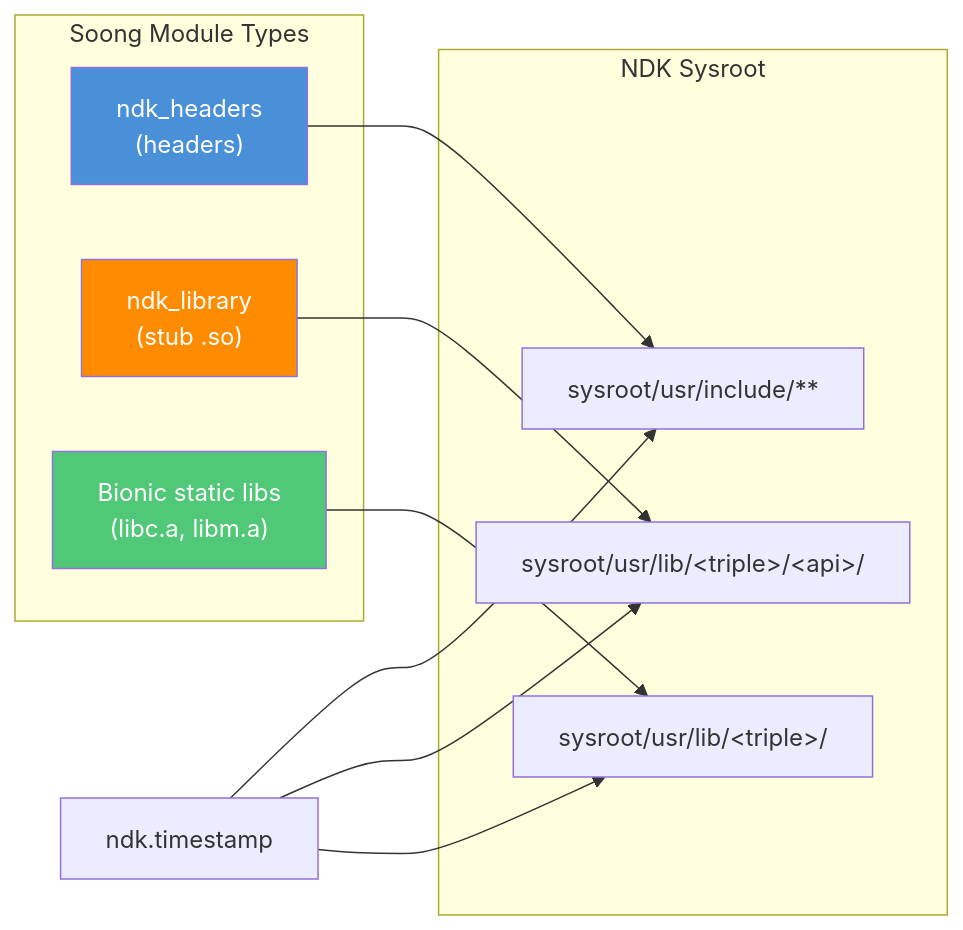
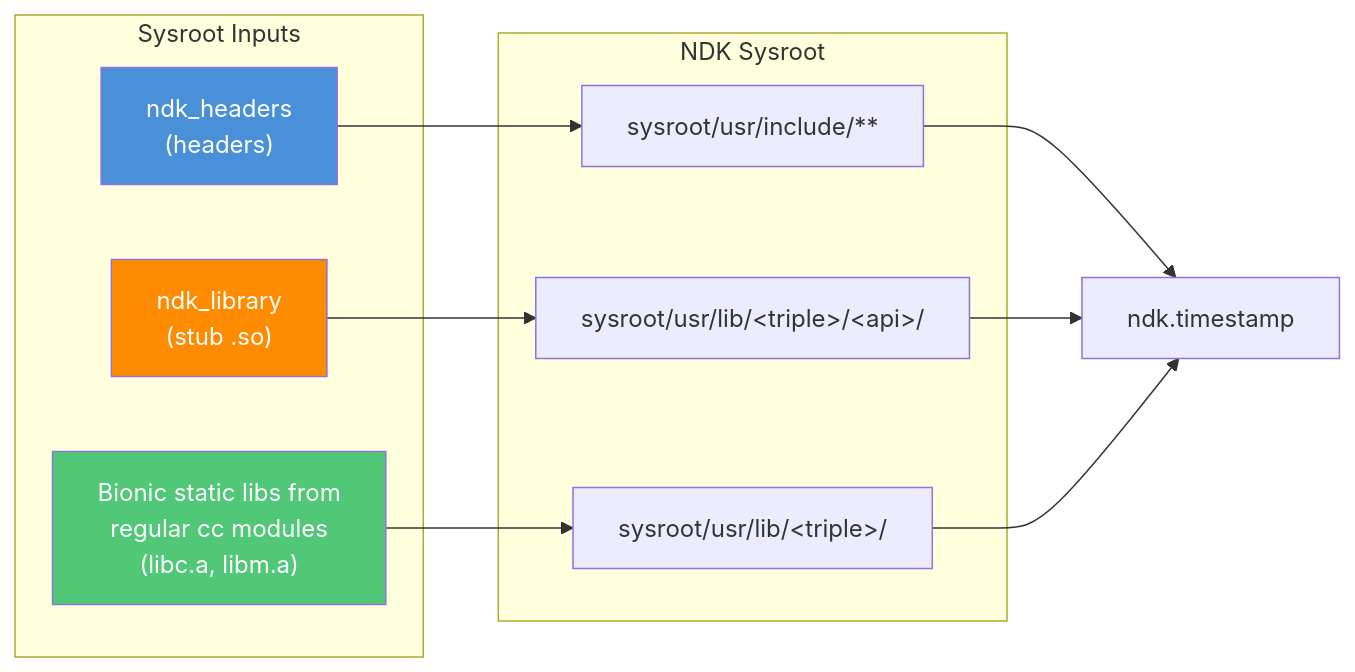
The second of 17 diagrams in agents/claude/skills/aosp-native-foundation/11-ndk.md (aospbooks/aosp-internal-book), drawn with Mermaid before and after one commit. The commit also changed other lines of this file and 218 other files, not shown here.

````diff
--- a/agents/claude/skills/aosp-native-foundation/11-ndk.md
+++ b/agents/claude/skills/aosp-native-foundation/11-ndk.md
@@ -109,26 +114,26 @@
 ```mermaid
 graph LR
-    subgraph "Soong Module Types"
+    subgraph "Sysroot Inputs"
         NH["ndk_headers<br/>(headers)"]
         NL["ndk_library<br/>(stub .so)"]
-        BS["Bionic static libs<br/>(libc.a, libm.a)"]
+        BS["Bionic static libs from<br/>regular cc modules<br/>(libc.a, libm.a)"]
     end
 
     subgraph "NDK Sysroot"
         INC["sysroot/usr/include/**"]
         LIB["sysroot/usr/lib/&lt;triple&gt;/&lt;api&gt;/"]
         STA["sysroot/usr/lib/&lt;triple&gt;/"]
     end
 
     NH --> INC
     NL --> LIB
     BS --> STA
 
-    TS["ndk.timestamp"] --> INC
-    TS --> LIB
-    TS --> STA
+    INC --> TS["ndk.timestamp"]
+    LIB --> TS
+    STA --> TS
 
     style NH fill:#4a90d9,color:white
     style NL fill:#ff8c00,color:white
     style BS fill:#50c878,color:white
 ```
````
